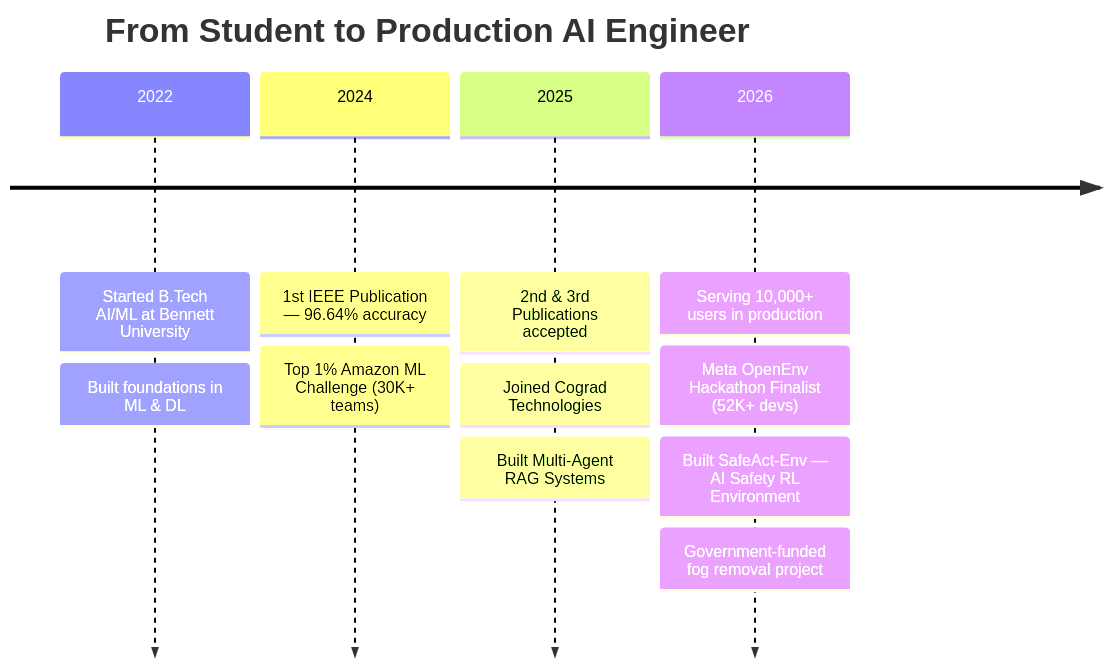
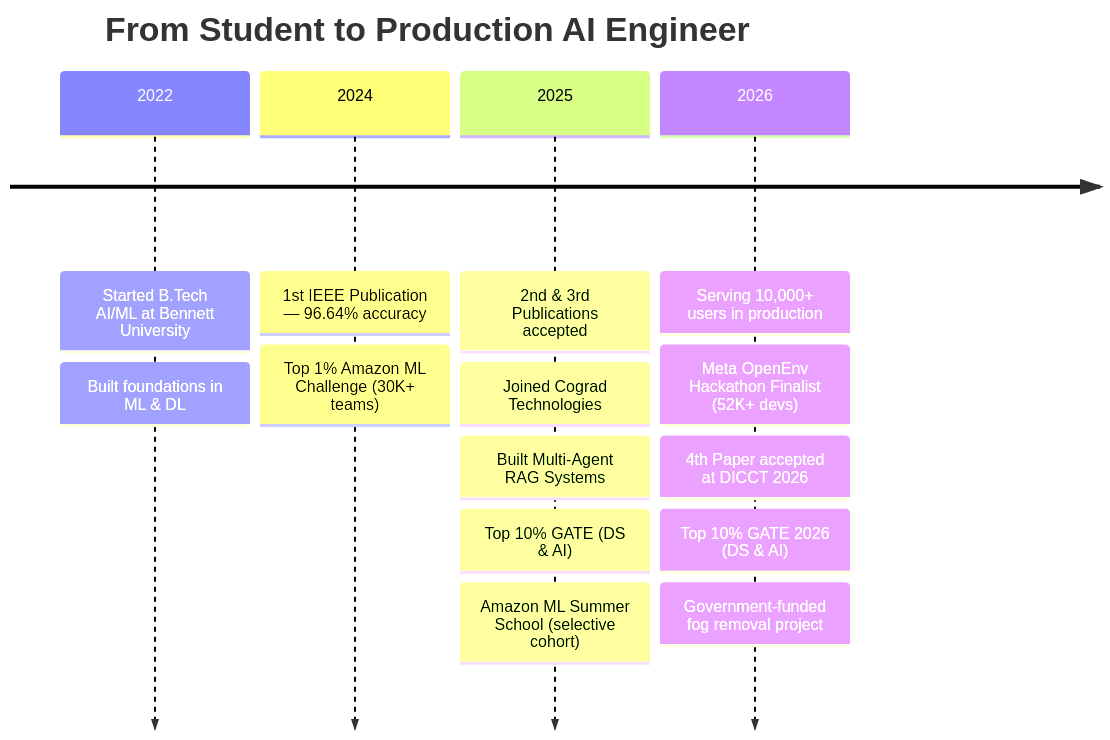
Before and after one commit to sidd707/sidd707: the second of 2 diagrams in README.md, drawn with Mermaid. The commit also changed other lines of this file and 2 other files, not shown here.

````diff
--- a/README.md
+++ b/README.md
@@ -152,15 +151,18 @@
 ```mermaid
 timeline
     title From Student to Production AI Engineer
     2022 : Started B.Tech AI/ML at Bennett University
          : Built foundations in ML & DL
     2024 : 1st IEEE Publication — 96.64% accuracy
          : Top 1% Amazon ML Challenge (30K+ teams)
     2025 : 2nd & 3rd Publications accepted
          : Joined Cograd Technologies
          : Built Multi-Agent RAG Systems
+         : Top 10% GATE (DS & AI)
+         : Amazon ML Summer School (selective cohort)
     2026 : Serving 10,000+ users in production
          : Meta OpenEnv Hackathon Finalist (52K+ devs)
-         : Built SafeAct-Env — AI Safety RL Environment
+         : 4th Paper accepted at DICCT 2026
+         : Top 10% GATE 2026 (DS & AI)
          : Government-funded fog removal project
 ```
````
